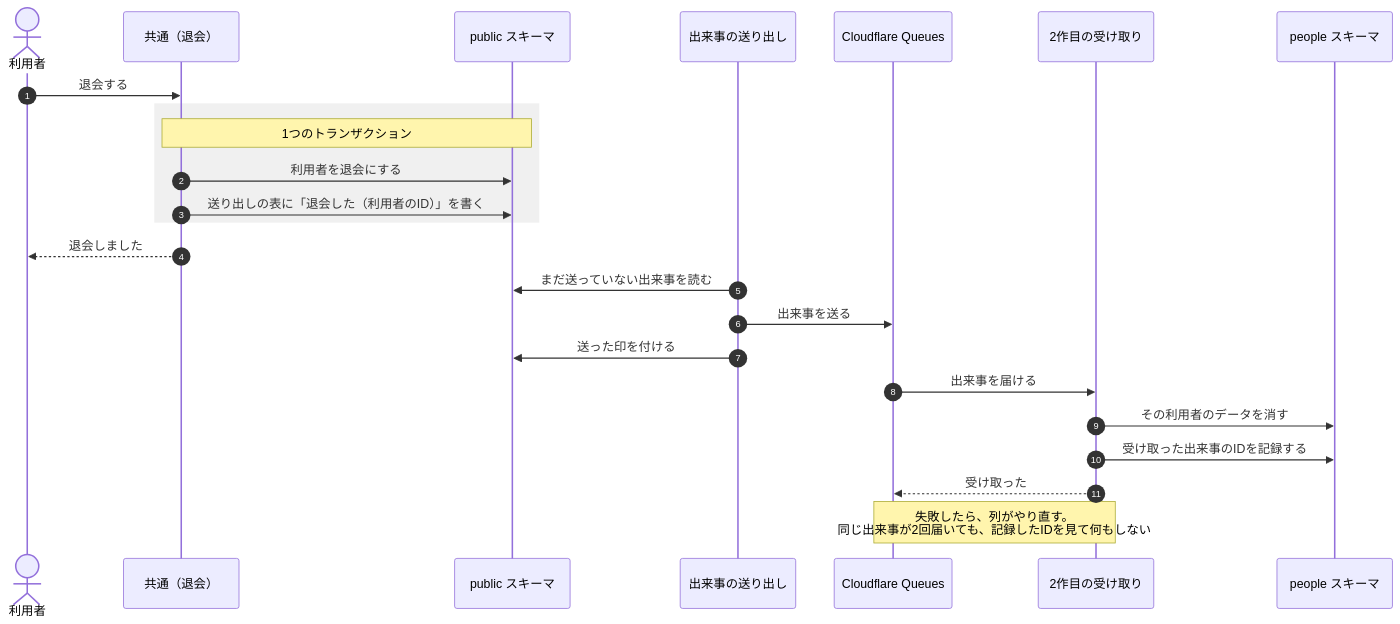
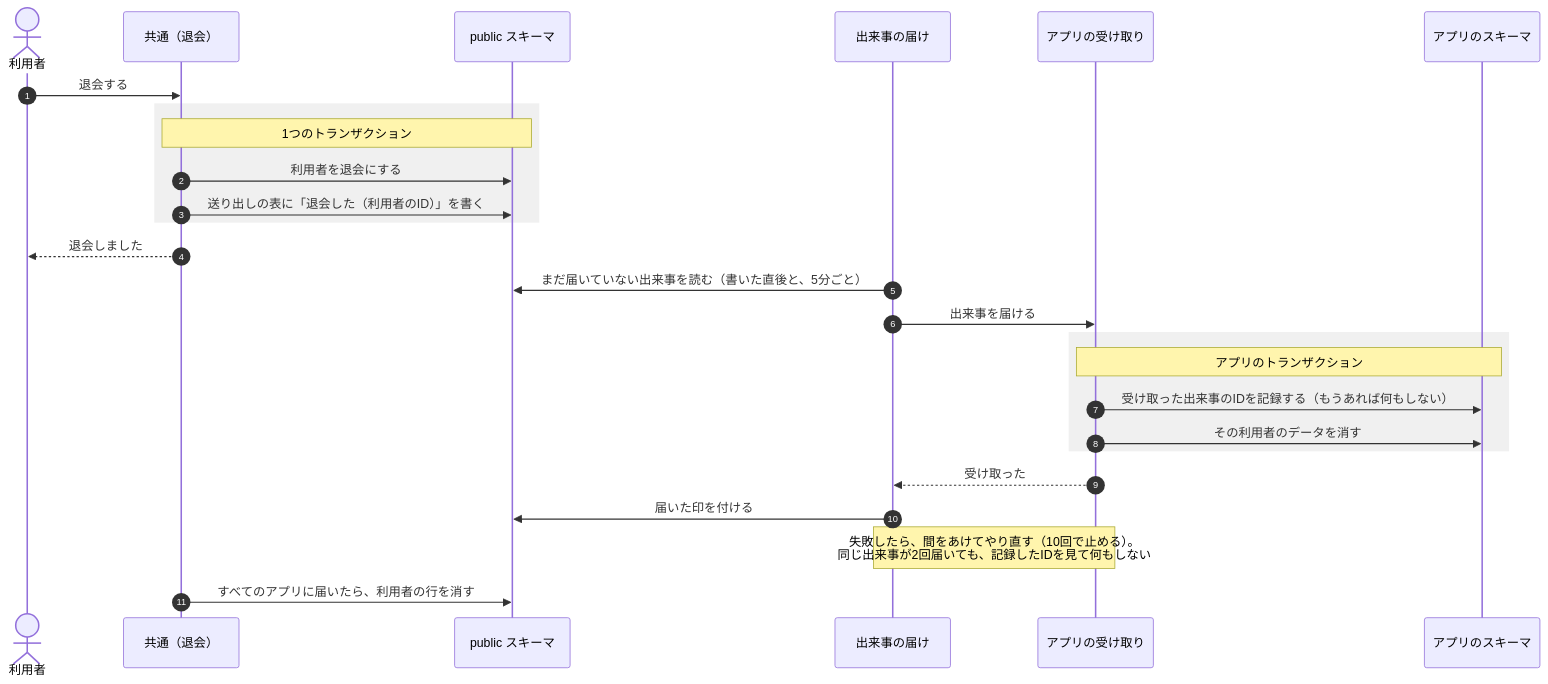
The fourth of 5 diagrams in docs/app-separation.md (takumi-okuya-dev/meguru-app), drawn with Mermaid before and after one commit. The commit also changed other lines of this file and 7 other files, not shown here.

````diff
--- a/docs/app-separation.md
+++ b/docs/app-separation.md
@@ -166,27 +171,29 @@
 ```mermaid
 sequenceDiagram
   autonumber
   actor U as 利用者
   participant P as 共通（退会）
   participant PDB as public スキーマ
-  participant O as 出来事の送り出し
-  participant Q as Cloudflare Queues
-  participant M as 2作目の受け取り
-  participant MDB as people スキーマ
+  participant O as 出来事の届け
+  participant M as アプリの受け取り
+  participant MDB as アプリのスキーマ
 
   U->>P: 退会する
   rect rgb(240, 240, 240)
     note over P,PDB: 1つのトランザクション
     P->>PDB: 利用者を退会にする
     P->>PDB: 送り出しの表に「退会した（利用者のID）」を書く
   end
   P-->>U: 退会しました
-  O->>PDB: まだ送っていない出来事を読む
-  O->>Q: 出来事を送る
-  O->>PDB: 送った印を付ける
-  Q->>M: 出来事を届ける
-  M->>MDB: その利用者のデータを消す
-  M->>MDB: 受け取った出来事のIDを記録する
-  M-->>Q: 受け取った
-  note over Q,M: 失敗したら、列がやり直す。<br/>同じ出来事が2回届いても、記録したIDを見て何もしない
+  O->>PDB: まだ届いていない出来事を読む（書いた直後と、5分ごと）
+  O->>M: 出来事を届ける
+  rect rgb(240, 240, 240)
+    note over M,MDB: アプリのトランザクション
+    M->>MDB: 受け取った出来事のIDを記録する（もうあれば何もしない）
+    M->>MDB: その利用者のデータを消す
+  end
+  M-->>O: 受け取った
+  O->>PDB: 届いた印を付ける
+  note over O,M: 失敗したら、間をあけてやり直す（10回で止める）。<br/>同じ出来事が2回届いても、記録したIDを見て何もしない
+  P->>PDB: すべてのアプリに届いたら、利用者の行を消す
 ```
````
